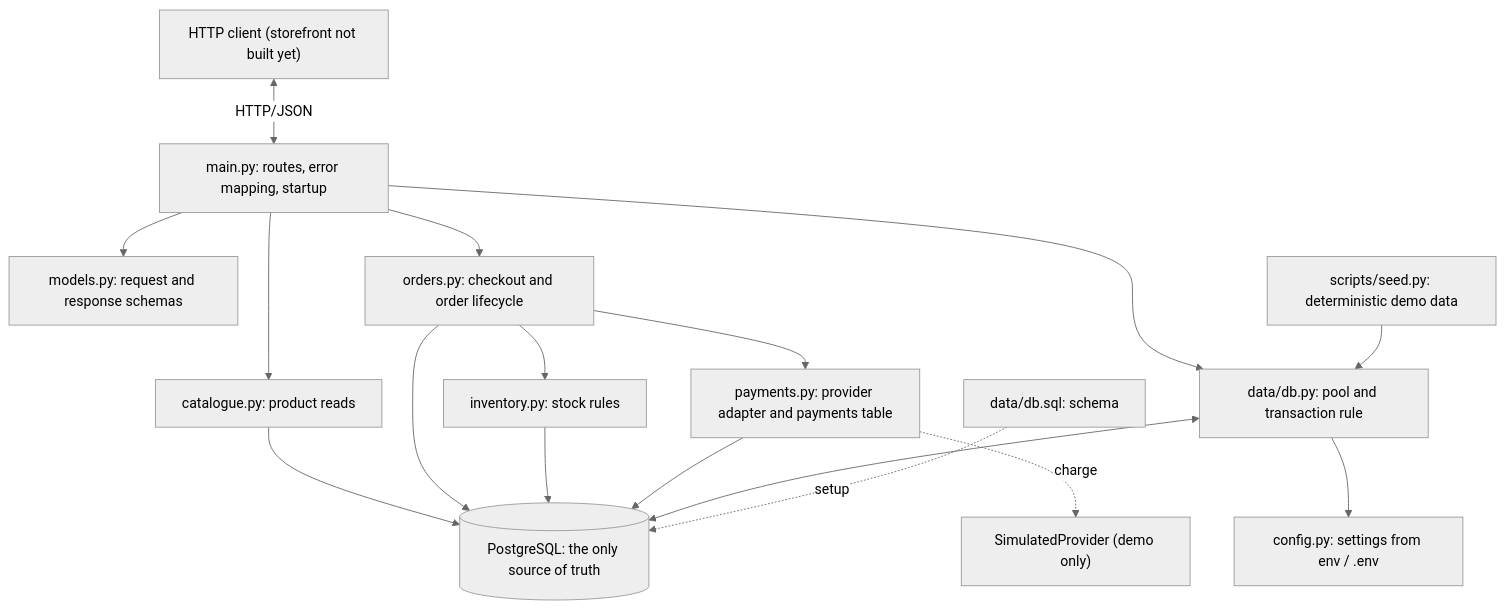
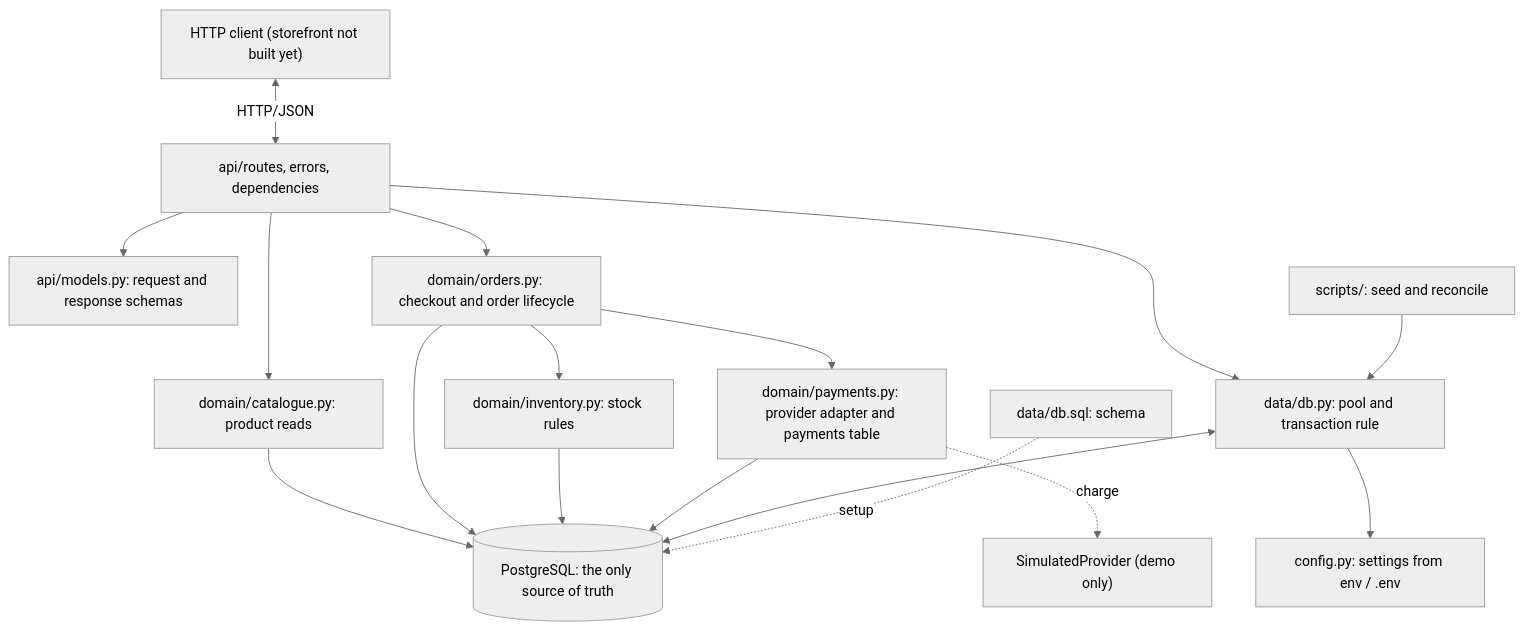
The first of 3 diagrams in docs/architecture.md (0xEl1yahu/commercelab), drawn with Mermaid (neutral theme) before and after one commit. The commit also changed other lines of this file and 42 other files, not shown here.

````diff
--- a/docs/architecture.md
+++ b/docs/architecture.md
@@ -18,33 +18,33 @@
 ```mermaid
 flowchart TD
     CLIENT["HTTP client (storefront not built yet)"]
-    MAIN["main.py: routes, error mapping, startup"]
-    MODELS["models.py: request and response schemas"]
-    CAT["catalogue.py: product reads"]
-    ORD["orders.py: checkout and order lifecycle"]
-    INV["inventory.py: stock rules"]
-    PAY["payments.py: provider adapter and payments table"]
+    MAIN["api/routes, errors, dependencies"]
+    MODELS["api/models.py: request and response schemas"]
+    CAT["domain/catalogue.py: product reads"]
+    ORD["domain/orders.py: checkout and order lifecycle"]
+    INV["domain/inventory.py: stock rules"]
+    PAY["domain/payments.py: provider adapter and payments table"]
     PROV["SimulatedProvider (demo only)"]
     DB["data/db.py: pool and transaction rule"]
     CFG["config.py: settings from env / .env"]
     PG[("PostgreSQL: the only source of truth")]
     SCHEMA["data/db.sql: schema"]
-    SEED["scripts/seed.py: deterministic demo data"]
+    SEED["scripts/: seed and reconcile"]
 
     CLIENT <-->|HTTP/JSON| MAIN
     MAIN --> MODELS
     MAIN --> CAT
     MAIN --> ORD
     ORD --> INV
     ORD --> PAY
     PAY -.->|charge| PROV
     MAIN --> DB
     DB --> CFG
     CAT --> PG
     ORD --> PG
     INV --> PG
     PAY --> PG
     DB <--> PG
     SCHEMA -.->|setup| PG
     SEED --> DB
 ```
````
